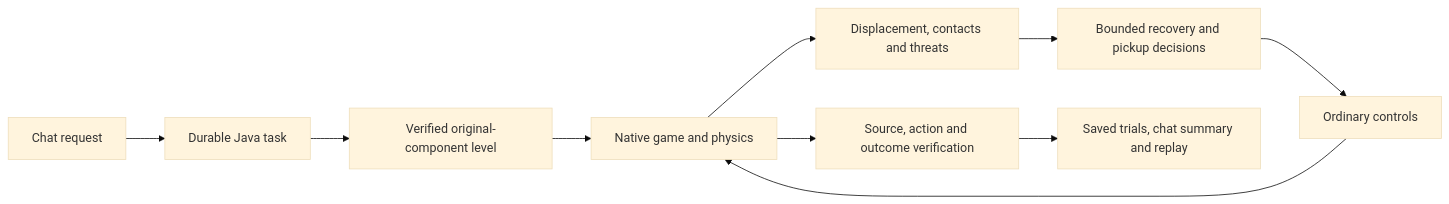
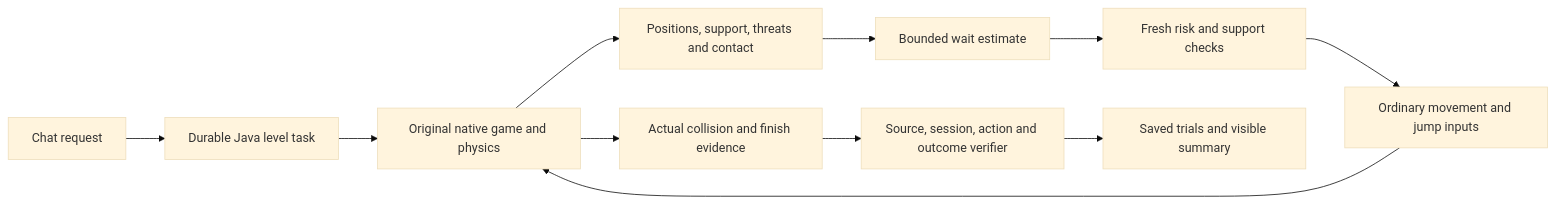
The diagram in README.md (eyeoverthink/Fraynix-Agent-Workspace), drawn with Mermaid (base theme) before and after one commit. The commit also changed other lines of this file and 1052 other files, not shown here.

Commit message:
Document edition 120 bounded pickup waiting and measured return decisions and retained verification with actual evidence

````diff
--- a/README.md
+++ b/README.md
@@ -84,12 +49,13 @@
 ```mermaid
 flowchart LR
-    Request[Chat request] --> Task[Durable Java task]
-    Task --> Scene[Verified original-component level]
-    Scene --> Runtime[Native game and physics]
-    Runtime --> Observe[Displacement, contacts and threats]
-    Observe --> Decide[Bounded recovery and pickup decisions]
-    Decide --> Input[Ordinary controls]
-    Input --> Runtime
-    Runtime --> Verify[Source, action and outcome verification]
-    Verify --> History[Saved trials, chat summary and replay]
+    Request[Chat request] --> Task[Durable Java level task]
+    Task --> Native[Original native game and physics]
+    Native --> Observe[Positions, support, threats and contact]
+    Observe --> Estimate[Bounded wait estimate]
+    Estimate --> Guard[Fresh risk and support checks]
+    Guard --> Input[Ordinary movement and jump inputs]
+    Input --> Native
+    Native --> Outcome[Actual collision and finish evidence]
+    Outcome --> Verify[Source, session, action and outcome verifier]
+    Verify --> History[Saved trials and visible summary]
 ```
````
